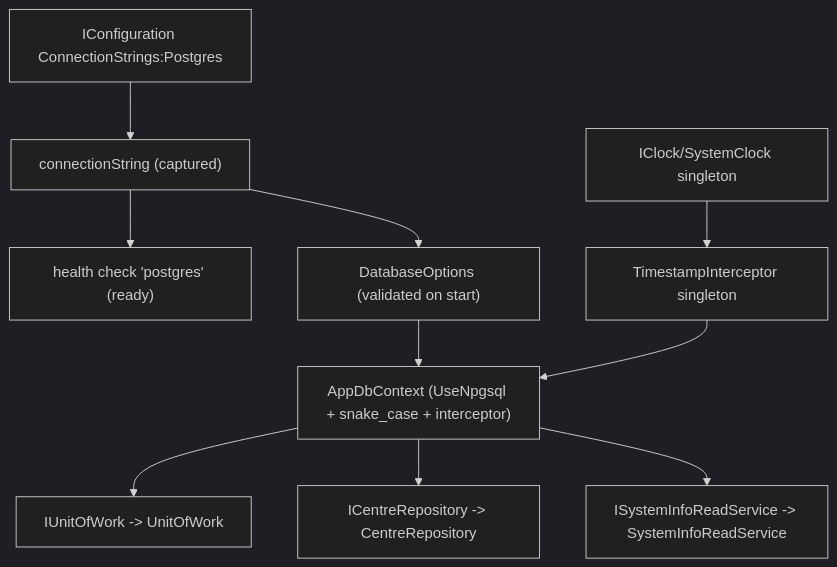
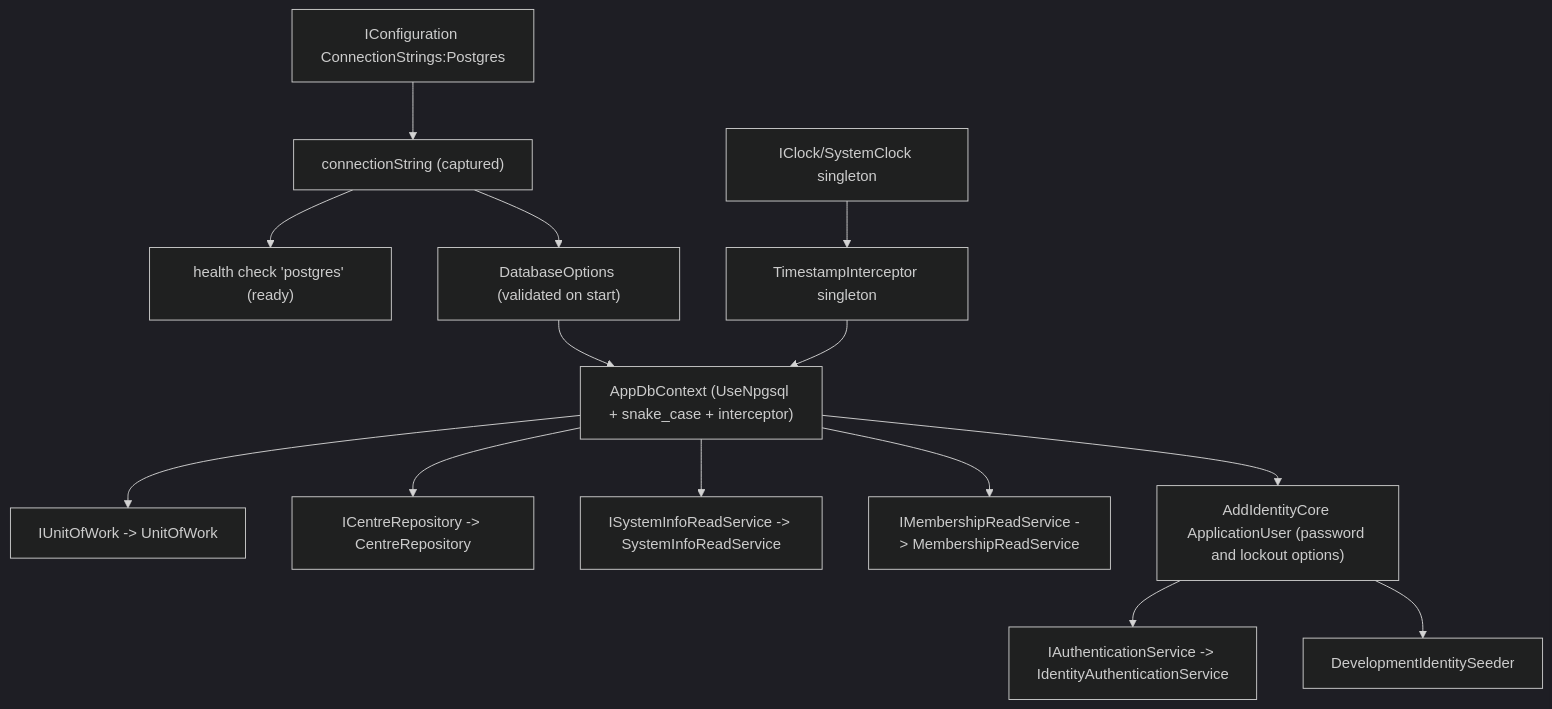
One commit to youssef623/tutoring-centre changed the diagram in docs/file-explanations/src/TutoringCentre.Infrastructure/DependencyInjection.cs.md. Above: the diagram before and after it, drawn with Mermaid (dark theme). The commit also changed other lines of this file and 265 other files, not shown here.

````diff
--- a/docs/file-explanations/src/TutoringCentre.Infrastructure/DependencyInjection.cs.md
+++ b/docs/file-explanations/src/TutoringCentre.Infrastructure/DependencyInjection.cs.md
@@ -148,11 +189,15 @@
 ```mermaid
 flowchart TD
     CFG["IConfiguration ConnectionStrings:Postgres"] --> CS["connectionString (captured)"]
     CS --> HC["health check 'postgres' (ready)"]
     CS --> OPT["DatabaseOptions (validated on start)"]
     OPT --> CTX["AppDbContext (UseNpgsql + snake_case + interceptor)"]
     CLK["IClock/SystemClock singleton"] --> INT["TimestampInterceptor singleton"] --> CTX
     CTX --> UOW["IUnitOfWork -> UnitOfWork"]
     CTX --> REPO["ICentreRepository -> CentreRepository"]
     CTX --> RS["ISystemInfoReadService -> SystemInfoReadService"]
+    CTX --> MS["IMembershipReadService -> MembershipReadService"]
+    CTX --> ID["AddIdentityCore ApplicationUser (password and lockout options)"]
+    ID --> AS["IAuthenticationService -> IdentityAuthenticationService"]
+    ID --> SEED["DevelopmentIdentitySeeder"]
 ```
````
